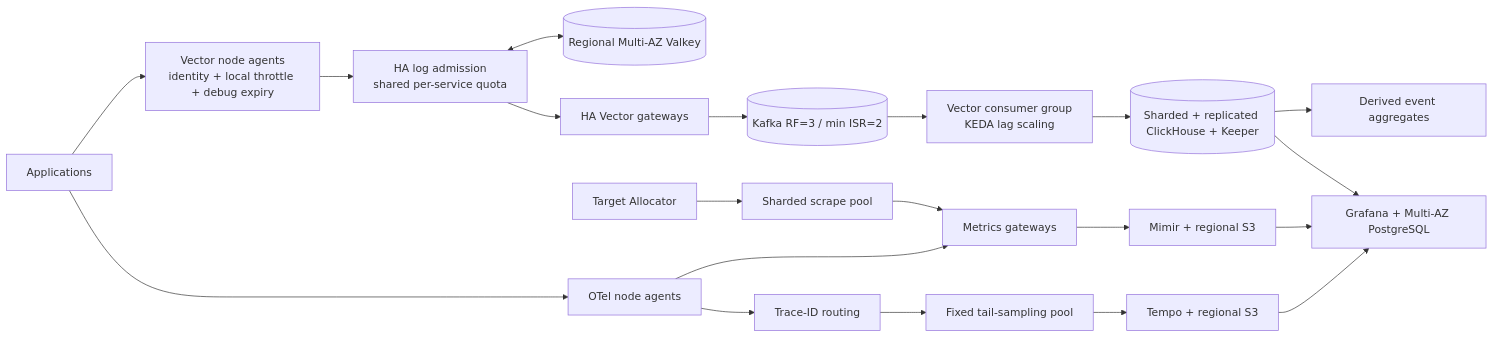
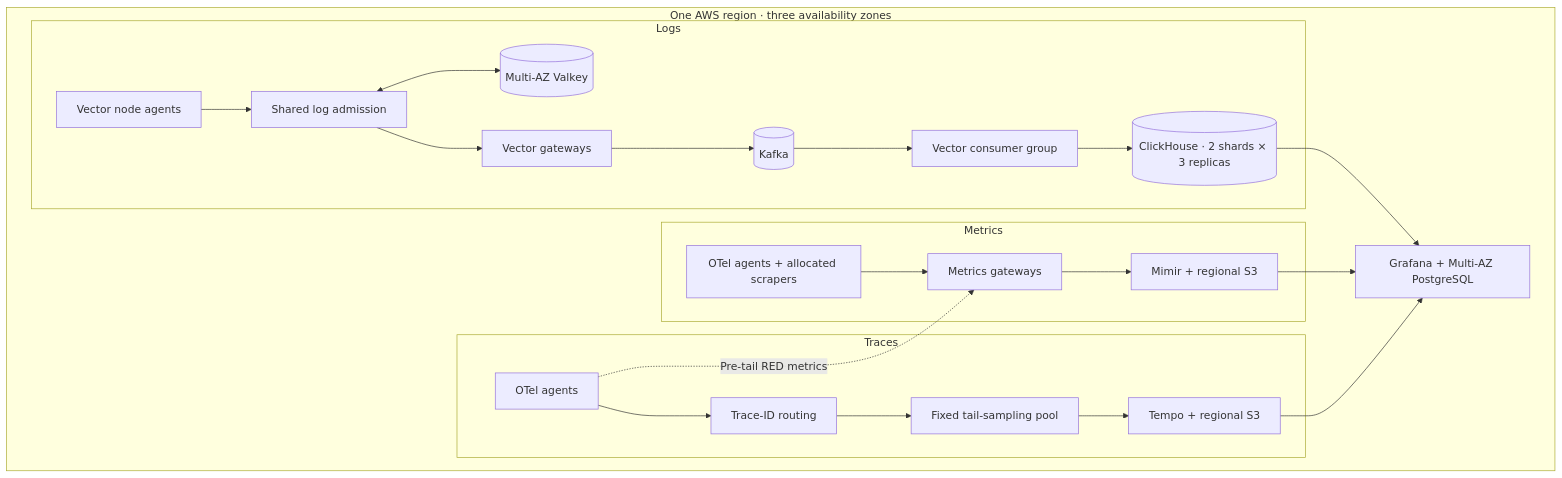
The diagram in README.md (decimalst/obs-model), drawn with Mermaid before and after one commit. The commit also changed other lines of this file and 13 other files, not shown here.

````diff
--- a/README.md
+++ b/README.md
@@ -7,22 +46,26 @@
 ```mermaid
-flowchart LR
-  Apps[Applications] --> VA[Vector node agents<br/>identity + local throttle + debug expiry]
-  VA --> Q[HA log admission<br/>shared per-service quota]
-  Q <--> R[(Regional Multi-AZ Valkey)]
-  Q --> VG[HA Vector gateways]
-  VG --> K[(Kafka RF=3 / min ISR=2)]
-  K --> VW[Vector consumer group<br/>KEDA lag scaling]
-  VW --> CH[(Sharded + replicated ClickHouse + Keeper)]
-  CH --> EV[Derived event aggregates]
-  Apps --> OA[OTel node agents]
-  TA[Target Allocator] --> SP[Sharded scrape pool]
-  SP --> MG[Metrics gateways]
-  OA --> MG
-  MG --> M[Mimir + regional S3]
-  OA --> RT[Trace-ID routing]
-  RT --> TS[Fixed tail-sampling pool]
-  TS --> T[Tempo + regional S3]
-  CH --> G[Grafana + Multi-AZ PostgreSQL]
-  M --> G
-  T --> G
+flowchart TB
+  subgraph region[One AWS region · three availability zones]
+    subgraph logs[Logs]
+      VA[Vector node agents] --> Q[Shared log admission]
+      Q <--> V[(Multi-AZ Valkey)]
+      Q --> VG[Vector gateways]
+      VG --> K[(Kafka)]
+      K --> W[Vector consumer group]
+      W --> CH[(ClickHouse · 2 shards × 3 replicas)]
+    end
+    subgraph metrics[Metrics]
+      MA[OTel agents + allocated scrapers] --> MG[Metrics gateways]
+      MG --> M[Mimir + regional S3]
+    end
+    subgraph traces[Traces]
+      TA[OTel agents] --> R[Trace-ID routing]
+      R --> S[Fixed tail-sampling pool]
+      S --> T[Tempo + regional S3]
+    end
+    TA -. Pre-tail RED metrics .-> MG
+    CH --> G[Grafana + Multi-AZ PostgreSQL]
+    M --> G
+    T --> G
+  end
 ```
````
